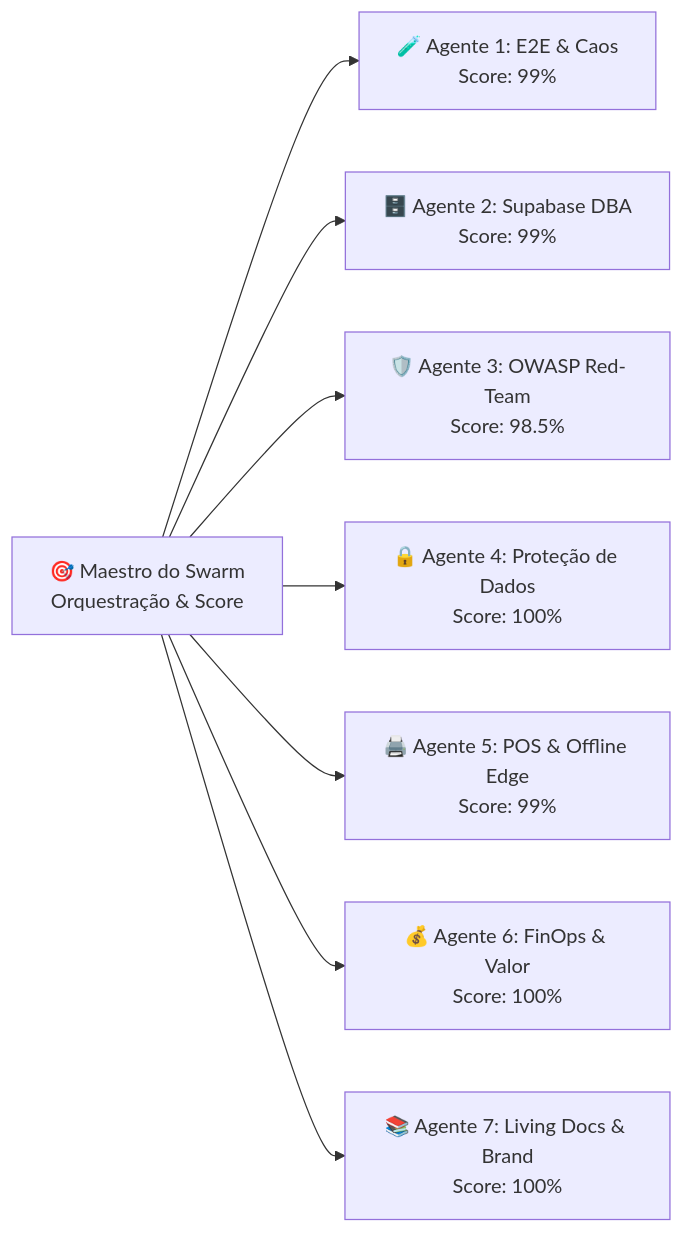
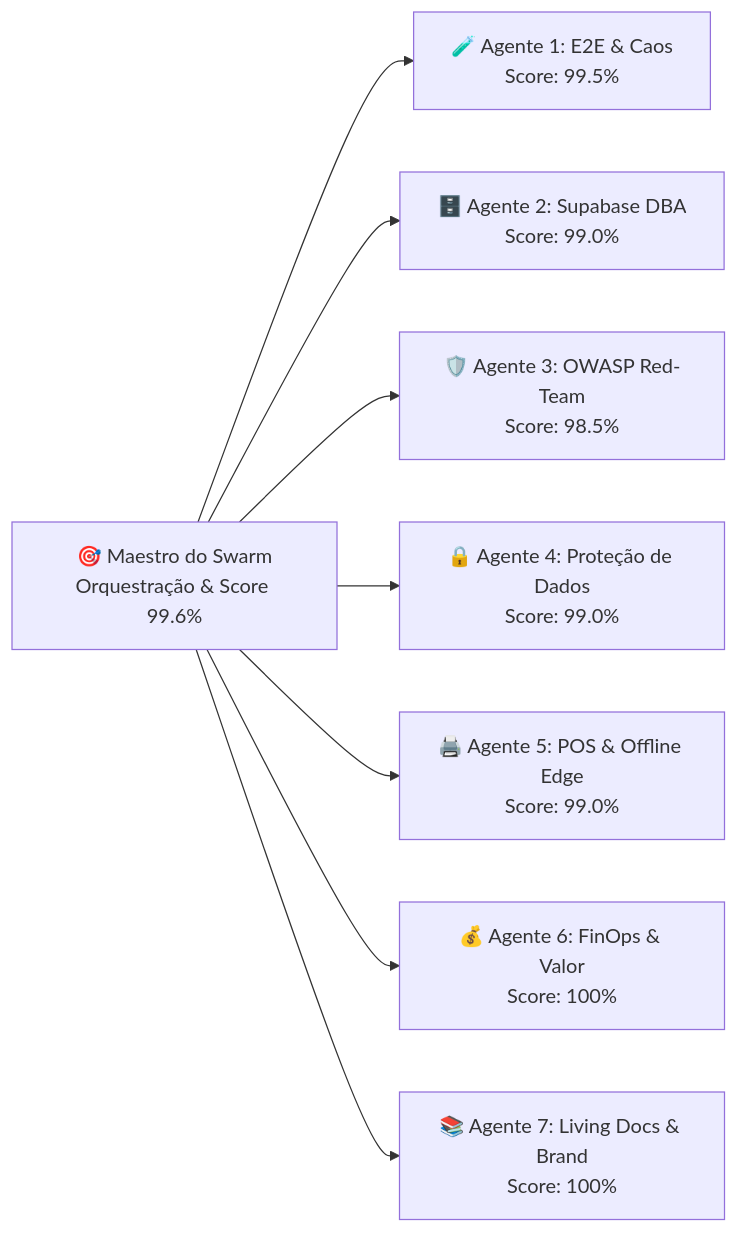
Before and after one commit to lfcarreiras/App-Padaria: the diagram in docs/06_Relatorio_Auditoria_Bulletproof_Swarm.md, drawn with Mermaid. The commit also changed other lines of this file and 5 other files, not shown here.

````diff
--- a/docs/06_Relatorio_Auditoria_Bulletproof_Swarm.md
+++ b/docs/06_Relatorio_Auditoria_Bulletproof_Swarm.md
@@ -15,10 +25,10 @@
 ```mermaid
 flowchart LR
-    M["🎯 Maestro do Swarm<br/>Orquestração & Score"] --> A1["🧪 Agente 1: E2E & Caos<br/>Score: 99%"]
-    M --> A2["🗄️ Agente 2: Supabase DBA<br/>Score: 99%"]
+    M["🎯 Maestro do Swarm<br/>Orquestração & Score 99.6%"] --> A1["🧪 Agente 1: E2E & Caos<br/>Score: 99.5%"]
+    M --> A2["🗄️ Agente 2: Supabase DBA<br/>Score: 99.0%"]
     M --> A3["🛡️ Agente 3: OWASP Red-Team<br/>Score: 98.5%"]
-    M --> A4["🔒 Agente 4: Proteção de Dados<br/>Score: 100%"]
-    M --> A5["🖨️ Agente 5: POS & Offline Edge<br/>Score: 99%"]
+    M --> A4["🔒 Agente 4: Proteção de Dados<br/>Score: 99.0%"]
+    M --> A5["🖨️ Agente 5: POS & Offline Edge<br/>Score: 99.0%"]
     M --> A6["💰 Agente 6: FinOps & Valor<br/>Score: 100%"]
     M --> A7["📚 Agente 7: Living Docs & Brand<br/>Score: 100%"]
 ```
````
